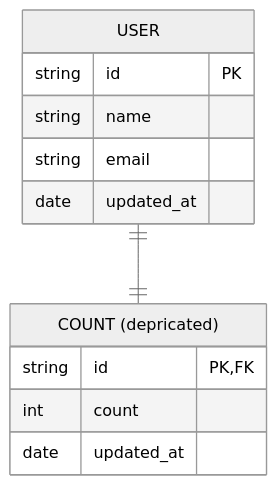
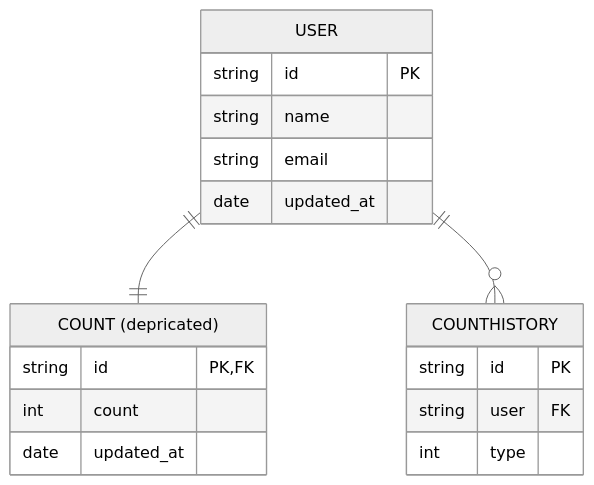
One commit to SimonStnn/pop-a-loon-backend changed the diagram in docs/README.md. Above: the diagram before and after it, drawn with Mermaid (neutral theme).

Commit message:
Add counthistory ERD

````diff
--- a/docs/README.md
+++ b/docs/README.md
@@ -5,15 +5,22 @@
 ```mermaid
 erDiagram
 USER ||--|| COUNT : ""
+USER ||--o{ COUNTHISTORY : ""
+
 USER {
     string id PK
     string name
     string email
     date updated_at
 }
 COUNT["COUNT (depricated)"] {
     string id PK, FK
     int count
     date updated_at
 }
+COUNTHISTORY {
+    string id PK
+    string user FK
+    int type
+}
 ```
````
